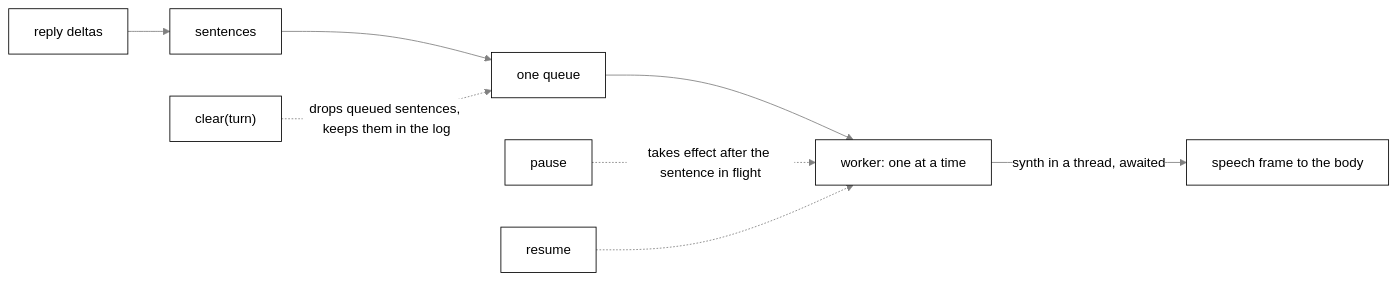
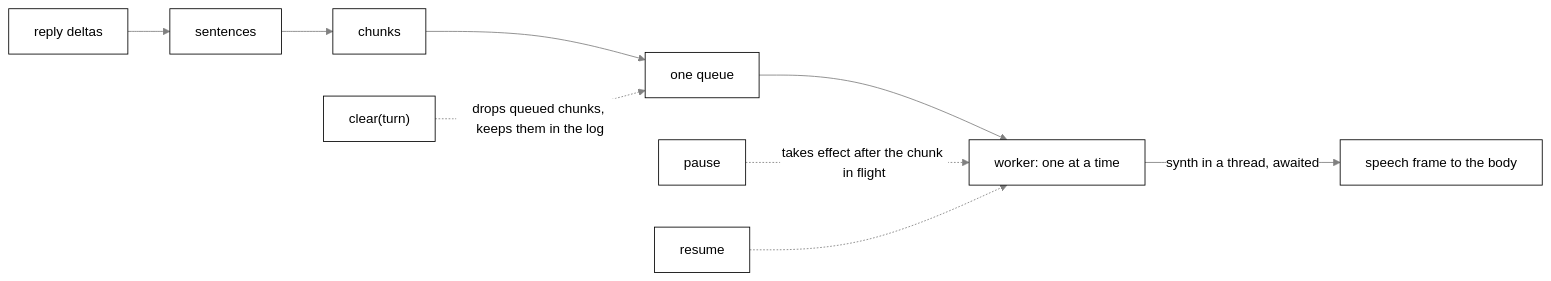
Before and after one commit to nadeem4/tagalong: the second of 6 diagrams in docs/voice.md, drawn with Mermaid. The commit also changed other lines of this file and 15 other files, not shown here.

First line of the commit message:
feat(voice): Scout speaks in chunks, not sentence by sentence (VO2a) (#402)

````diff
--- a/docs/voice.md
+++ b/docs/voice.md
@@ -74,10 +93,10 @@
 ```mermaid
 %%{init: {"theme": "base", "themeVariables": {"primaryColor": "#ffffff", "primaryTextColor": "#000000", "primaryBorderColor": "#000000", "lineColor": "#808080", "arrowheadColor": "#808080", "secondaryColor": "#f2f2f2", "tertiaryColor": "#ffffff", "clusterBkg": "#f7f7f7", "clusterBorder": "#808080", "edgeLabelBackground": "#ffffff", "titleColor": "#808080", "actorBkg": "#ffffff", "actorBorder": "#000000", "actorTextColor": "#000000", "actorLineColor": "#808080", "signalColor": "#808080", "signalTextColor": "#808080", "sequenceNumberColor": "#ffffff", "labelBoxBkgColor": "#ffffff", "labelBoxBorderColor": "#808080", "labelTextColor": "#000000", "loopTextColor": "#808080", "noteBkgColor": "#f7f7f7", "noteBorderColor": "#808080", "noteTextColor": "#000000", "activationBkgColor": "#f7f7f7", "activationBorderColor": "#808080", "fontFamily": "Segoe UI, Helvetica, Arial, sans-serif"}}}%%
 flowchart LR
-  SAY["reply deltas"] --> SENT["sentences"] --> Q["one queue"]
+  SAY["reply deltas"] --> SENT["sentences"] --> CH["chunks"] --> Q["one queue"]
   Q --> W["worker: one at a time"]
   W -->|"synth in a thread, awaited"| F["speech frame to the body"]
-  PAUSE["pause"] -.->|"takes effect after the sentence in flight"| W
+  PAUSE["pause"] -.->|"takes effect after the chunk in flight"| W
   RESUME["resume"] -.-> W
-  CLEAR["clear(turn)"] -.->|"drops queued sentences, keeps them in the log"| Q
+  CLEAR["clear(turn)"] -.->|"drops queued chunks, keeps them in the log"| Q
 ```
````
